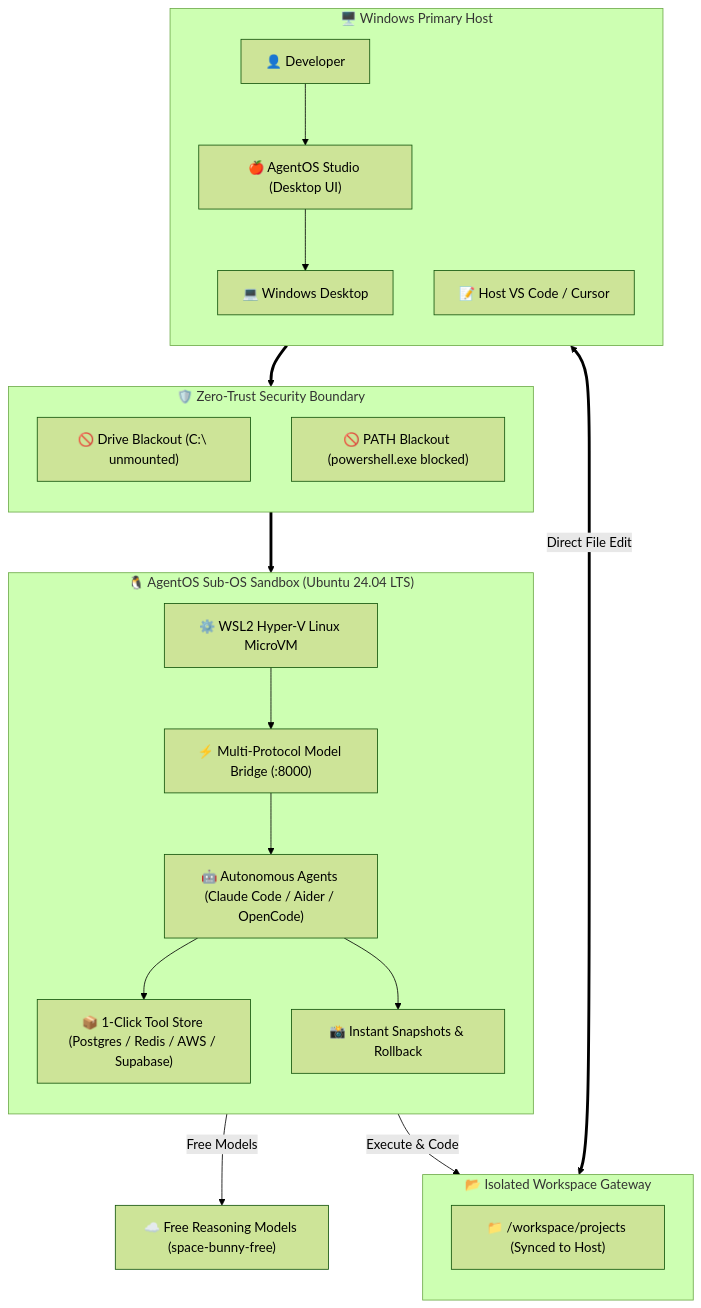
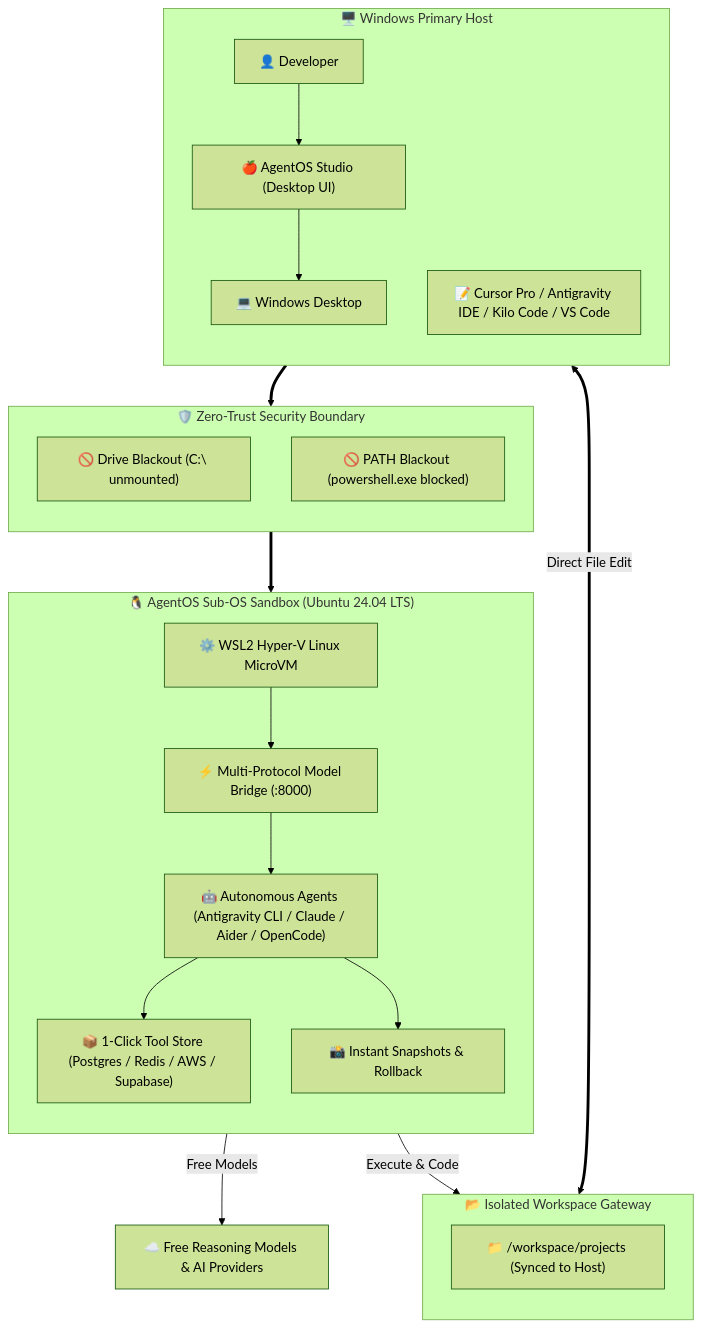
The first of 2 diagrams in README.md (Developer-For-Git/AgentOS-Studio), drawn with Mermaid (forest theme) before and after one commit. The commit also changed other lines of this file and 1 other file, not shown here.

Commit message:
docs: generalize free model providers, add Cursor Pro, Kilo Code, Antigravity IDE and Antigravity CLI support

````diff
--- a/README.md
+++ b/README.md
@@ -60,34 +60,34 @@
 ```mermaid
 flowchart TD
     subgraph Host ["🖥️ Windows Primary Host"]
         direction TB
         User["👤 Developer"] --> Studio["🍎 AgentOS Studio (Desktop UI)"]
         Studio --> Desktop["💻 Windows Desktop"]
-        VSCode["📝 Host VS Code / Cursor"]
+        IDEs["📝 Cursor Pro / Antigravity IDE / Kilo Code / VS Code"]
     end
 
     subgraph Barrier ["🛡️ Zero-Trust Security Boundary"]
         direction TB
         Blackout["🚫 Drive Blackout (C:\ unmounted)"]
         PathBlock["🚫 PATH Blackout (powershell.exe blocked)"]
     end
 
     subgraph SubOS ["🐧 AgentOS Sub-OS Sandbox (Ubuntu 24.04 LTS)"]
         direction TB
         Kernel["⚙️ WSL2 Hyper-V Linux MicroVM"]
         Kernel --> Bridge["⚡ Multi-Protocol Model Bridge (:8000)"]
-        Bridge --> AgentBox["🤖 Autonomous Agents (Claude Code / Aider / OpenCode)"]
+        Bridge --> AgentBox["🤖 Autonomous Agents (Antigravity CLI / Claude / Aider / OpenCode)"]
         AgentBox --> Store["📦 1-Click Tool Store (Postgres / Redis / AWS / Supabase)"]
         AgentBox --> Snapshots["📸 Instant Snapshots & Rollback"]
     end
 
     subgraph Gateway ["📂 Isolated Workspace Gateway"]
         direction TB
         WorkPartition["📁 /workspace/projects (Synced to Host)"]
     end
 
     Studio ==> Barrier ==> SubOS
-    VSCode <==>|Direct File Edit| WorkPartition
+    IDEs <==>|Direct File Edit| WorkPartition
     AgentBox -->|Execute & Code| WorkPartition
-    Bridge -->|Free Models| Cloud["☁️ Free Reasoning Models (space-bunny-free)"]
+    Bridge -->|Free Models| Cloud["☁️ Free Reasoning Models & AI Providers"]
 ```
````
